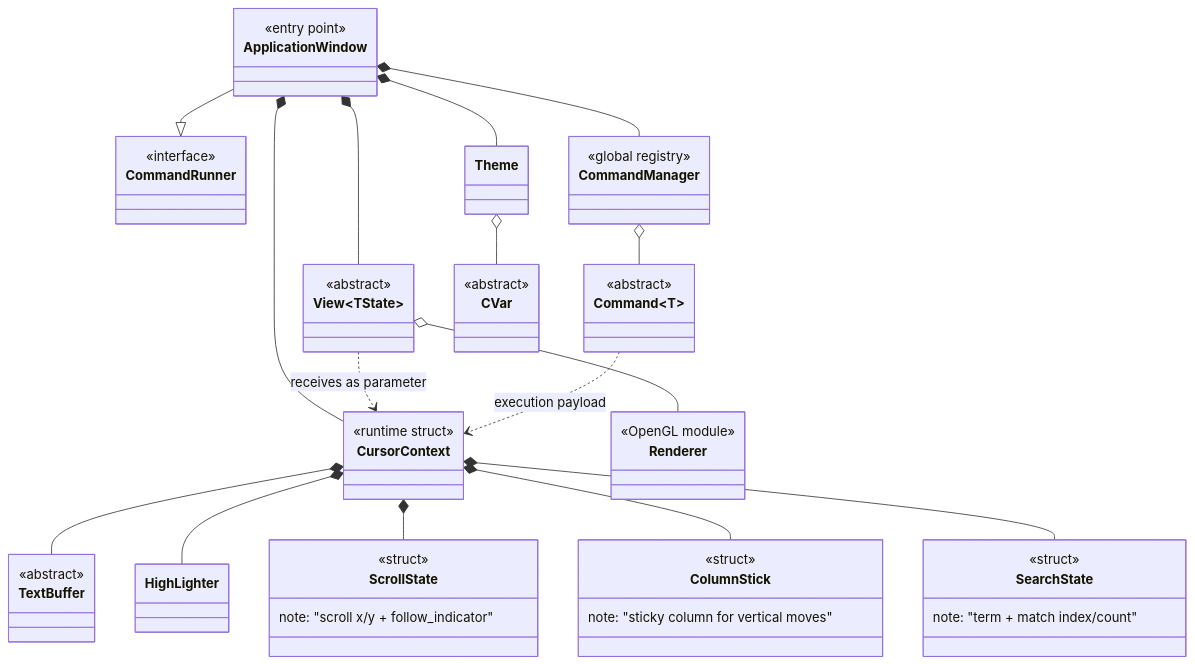
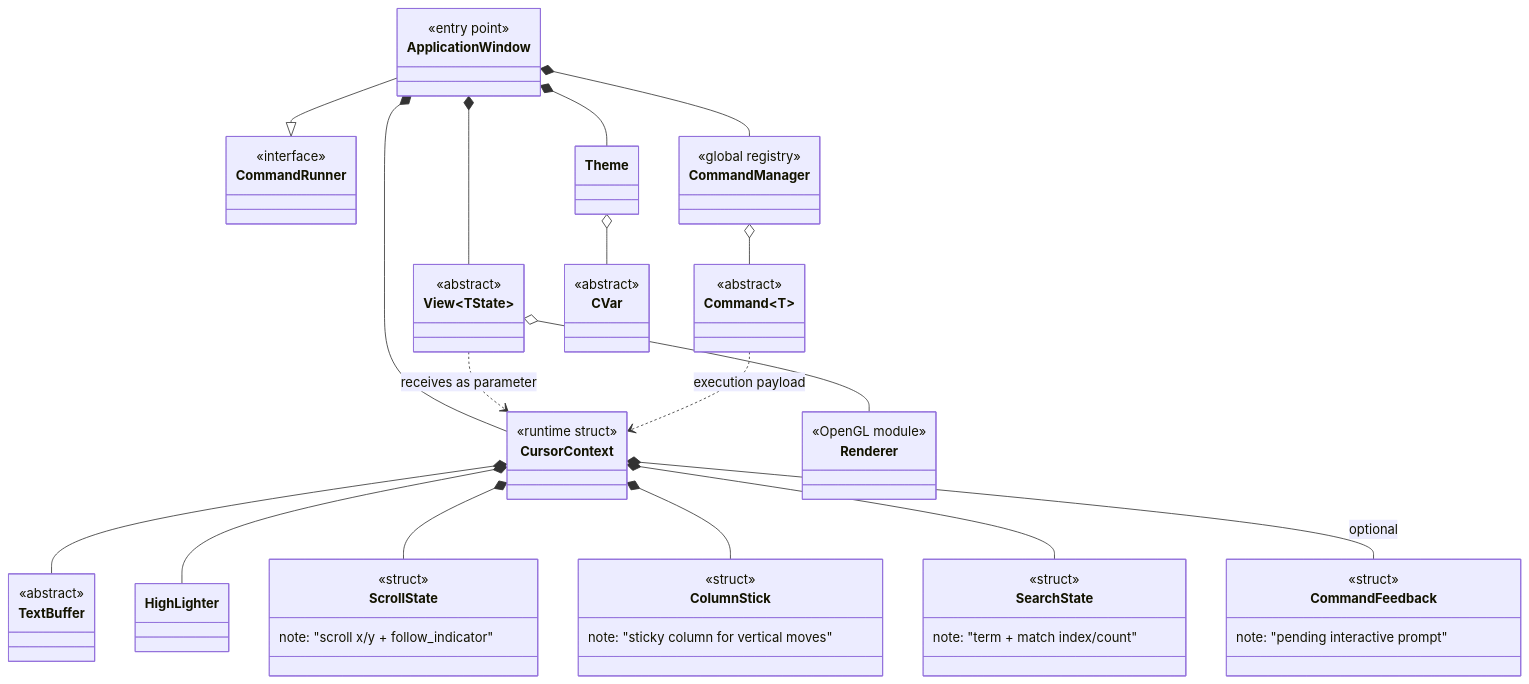
The tenth of 10 diagrams in docs/class_diagram.md (notnotme/bbloc), drawn with Mermaid before and after one commit. The commit also changed other lines of this file and 20 other files, not shown here.

````diff
--- a/docs/class_diagram.md
+++ b/docs/class_diagram.md
@@ -294,60 +299,65 @@
 ```mermaid
 classDiagram
     class ApplicationWindow {
         <<entry point>>
     }
     class CommandRunner {
         <<interface>>
     }
     class CommandManager {
         <<global registry>>
     }
     class Theme
     class CursorContext {
         <<runtime struct>>
     }
     class ScrollState {
         <<struct>>
         note: "scroll x/y + follow_indicator"
     }
     class ColumnStick {
         <<struct>>
         note: "sticky column for vertical moves"
     }
     class SearchState {
         <<struct>>
         note: "term + match index/count"
+    }
+    class CommandFeedback {
+        <<struct>>
+        note: "pending interactive prompt"
     }
     class View~TState~ {
         <<abstract>>
     }
     class Command~T~ {
         <<abstract>>
     }
     class TextBuffer {
         <<abstract>>
     }
     class CVar {
         <<abstract>>
     }
     class Renderer {
         <<OpenGL module>>
     }
     class HighLighter
 
     ApplicationWindow --|> CommandRunner
     ApplicationWindow *-- CommandManager
     ApplicationWindow *-- Theme
     ApplicationWindow *-- CursorContext
     ApplicationWindow *-- View~TState~
     CommandManager o-- Command~T~
     CursorContext *-- TextBuffer
     CursorContext *-- HighLighter
     CursorContext *-- ScrollState
     CursorContext *-- ColumnStick
     CursorContext *-- SearchState
+    CursorContext *-- CommandFeedback : optional
     Theme o-- CVar
     View~TState~ o-- Renderer
     View~TState~ ..> CursorContext : receives as parameter
     Command~T~ ..> CursorContext : execution payload
 ```
````
